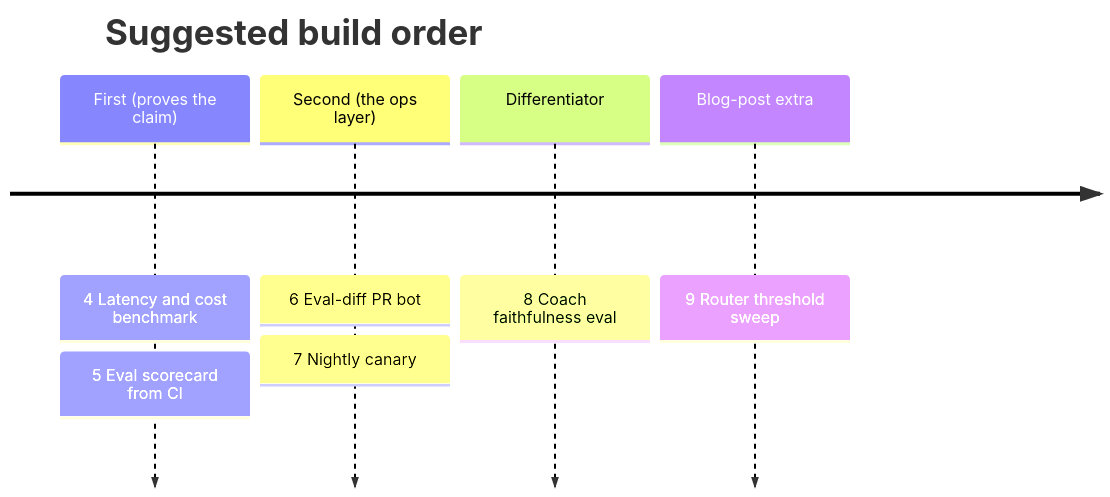
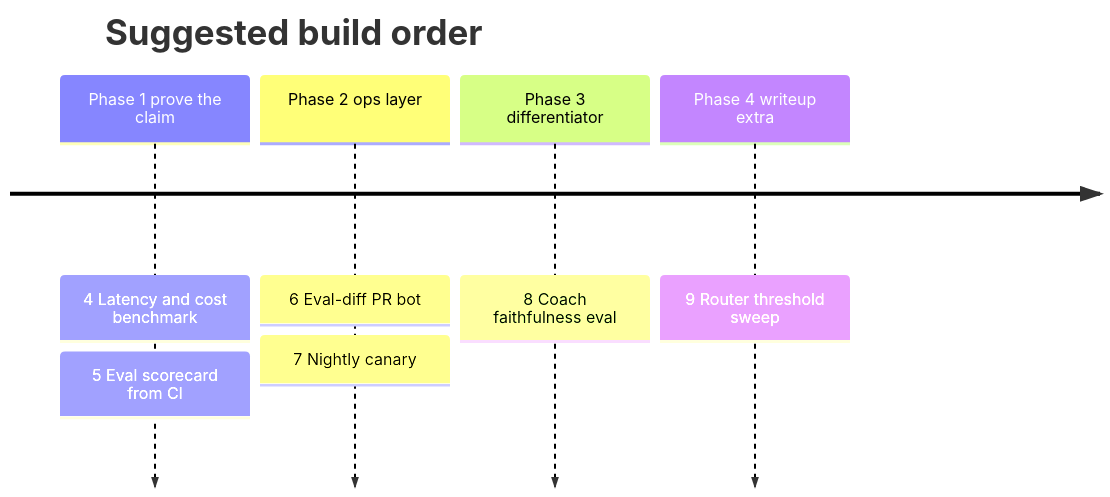
One commit to dvallslanaquera/skingraph changed diagram 14 of 14 in EVAL-OPS.md. Above: the diagram before and after it, drawn with Mermaid. The commit also changed other lines of this file and 1 other file, not shown here.

First line of the commit message:
docs: sync roadmap with shipped phases 3-7; GitHub-safe EVAL-OPS mermaid labels

````diff
--- a/EVAL-OPS.md
+++ b/EVAL-OPS.md
@@ -550,8 +550,8 @@
 ```mermaid
 timeline
     title Suggested build order
-    First (proves the claim) : 4 Latency and cost benchmark : 5 Eval scorecard from CI
-    Second (the ops layer)   : 6 Eval-diff PR bot : 7 Nightly canary
-    Differentiator           : 8 Coach faithfulness eval
-    Blog-post extra          : 9 Router threshold sweep
+    Phase 1 prove the claim : 4 Latency and cost benchmark : 5 Eval scorecard from CI
+    Phase 2 ops layer : 6 Eval-diff PR bot : 7 Nightly canary
+    Phase 3 differentiator : 8 Coach faithfulness eval
+    Phase 4 writeup extra : 9 Router threshold sweep
 ```
````
